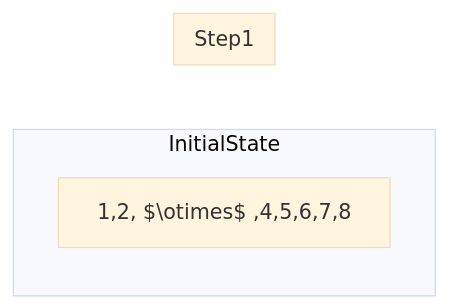
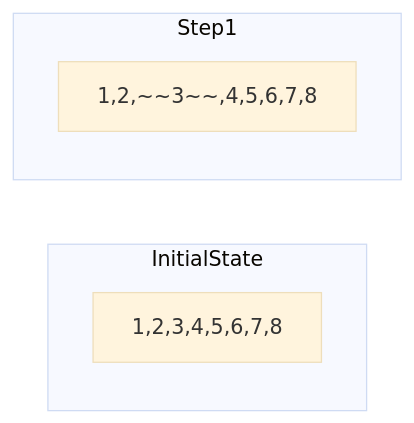
Before and after one commit to zeerre/PLC: the eighth of 8 diagrams in C-C++/algorithembook/AlgorithmCompetitionBeginnersClassicTrainingGuide/README.MD, drawn with Mermaid (base theme).

Commit message:
Update the master.comp branch

````diff
--- a/C-C++/algorithembook/AlgorithmCompetitionBeginnersClassicTrainingGuide/README.MD
+++ b/C-C++/algorithembook/AlgorithmCompetitionBeginnersClassicTrainingGuide/README.MD
@@ -2208,9 +2208,9 @@
 ```mermaid
 graph LR
 	  subgraph InitialState
 	  A[1,2,3,4,5,6,7,8]
 	  end
 	  subgraph Step1
-	  A[1,2,  $\otimes$  ,4,5,6,7,8]
+	  B[1,2,~~3~~,4,5,6,7,8]
 	  end
 ```
````
